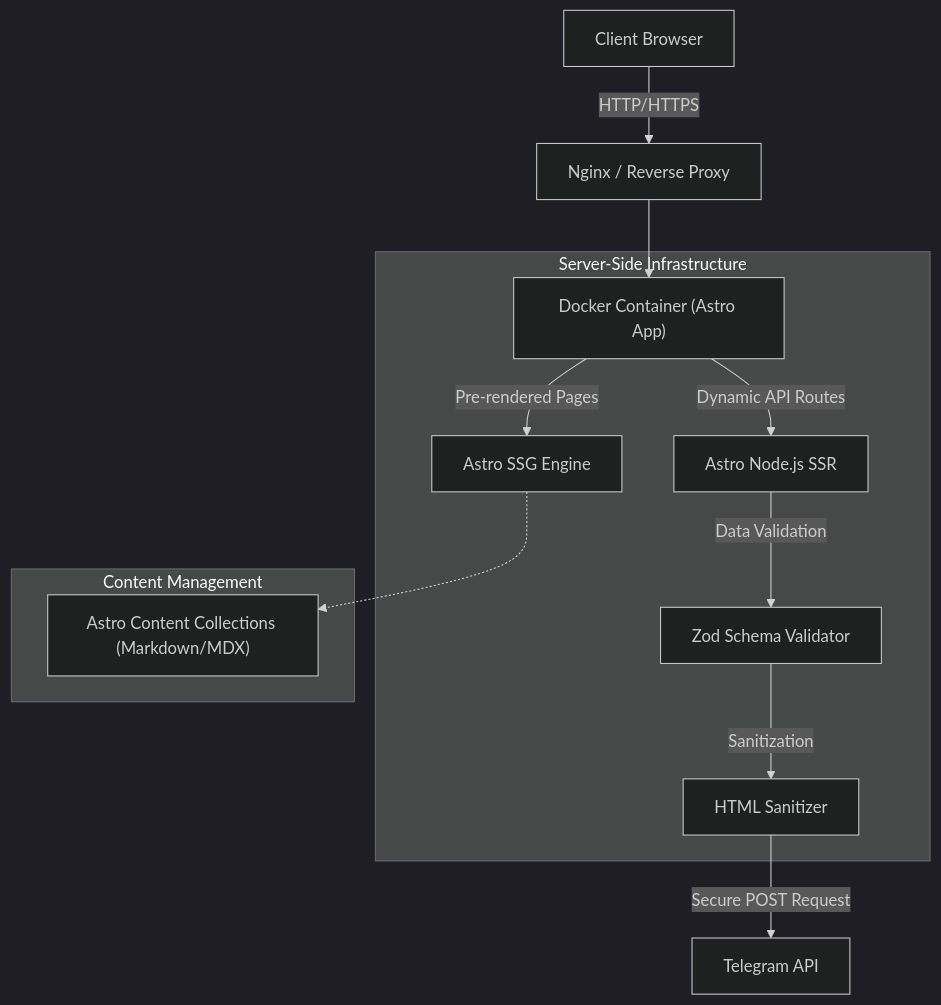
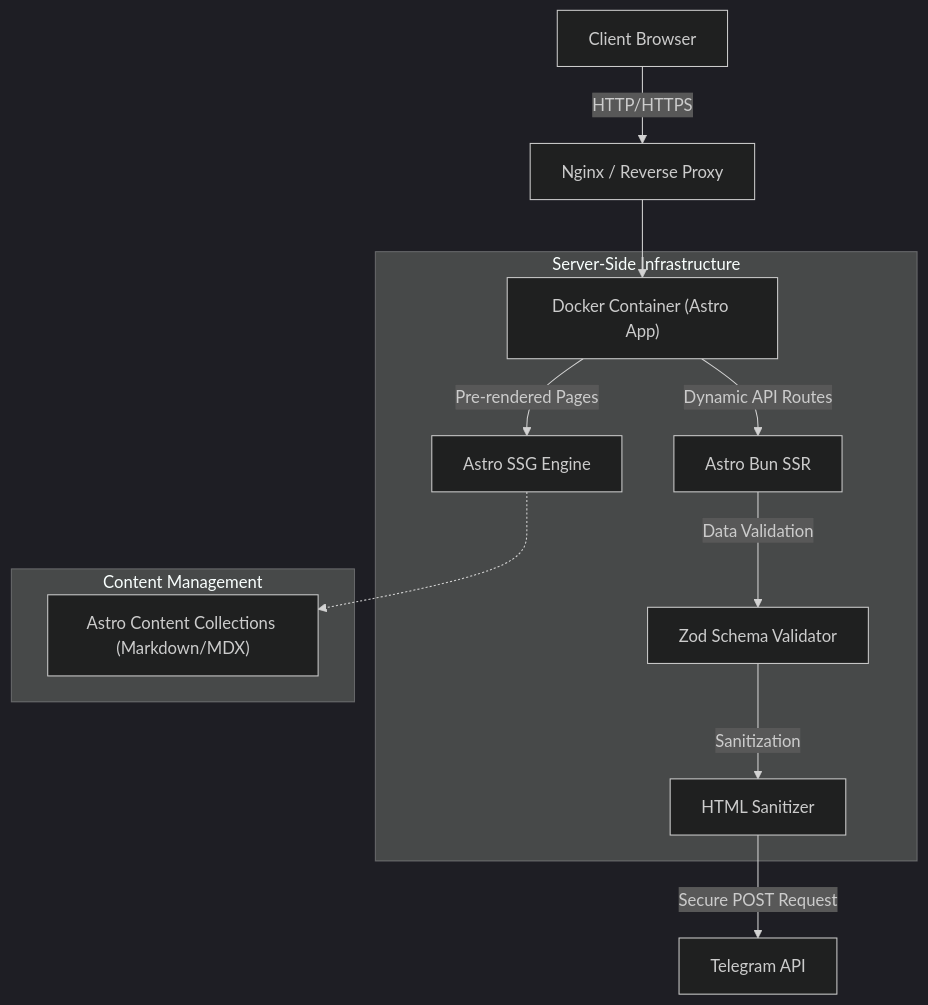
Before and after one commit to AVP-Dev/avpdev.com: the first of 2 diagrams in docs/TECHNICAL.md, drawn with Mermaid (dark theme). The commit also changed other lines of this file and 16 other files, not shown here.

````diff
--- a/docs/TECHNICAL.md
+++ b/docs/TECHNICAL.md
@@ -14,18 +14,18 @@
 ```mermaid
 graph TD
     A["Client Browser"] -->|HTTP/HTTPS| B["Nginx / Reverse Proxy"]
     B --> C["Docker Container (Astro App)"]
     
     subgraph "Server-Side Infrastructure"
       C -->|Pre-rendered Pages| D["Astro SSG Engine"]
-      C -->|Dynamic API Routes| E["Astro Node.js SSR"]
+      C -->|Dynamic API Routes| E["Astro Bun SSR"]
       E -->|Data Validation| F["Zod Schema Validator"]
       F -->|Sanitization| G["HTML Sanitizer"]
     end
     
     G -->|Secure POST Request| H["Telegram API"]
     
     subgraph "Content Management"
       D -.-> I["Astro Content Collections (Markdown/MDX)"]
     end
 ```
````
